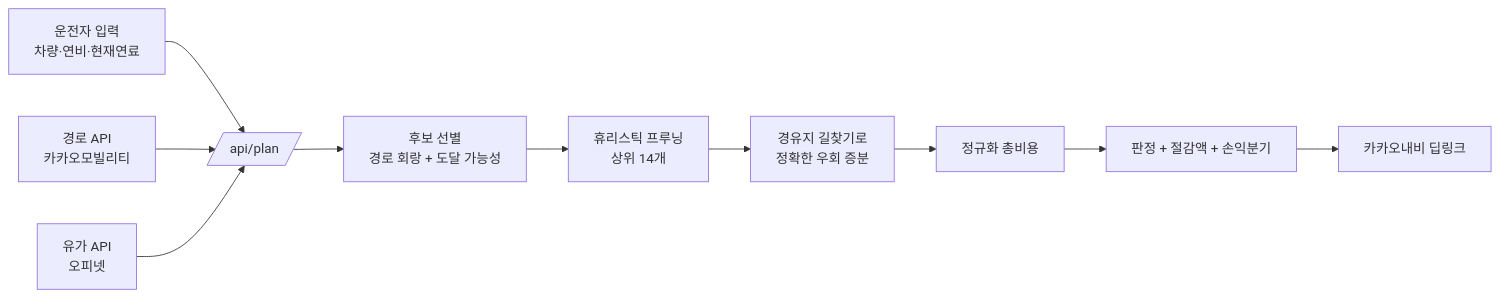
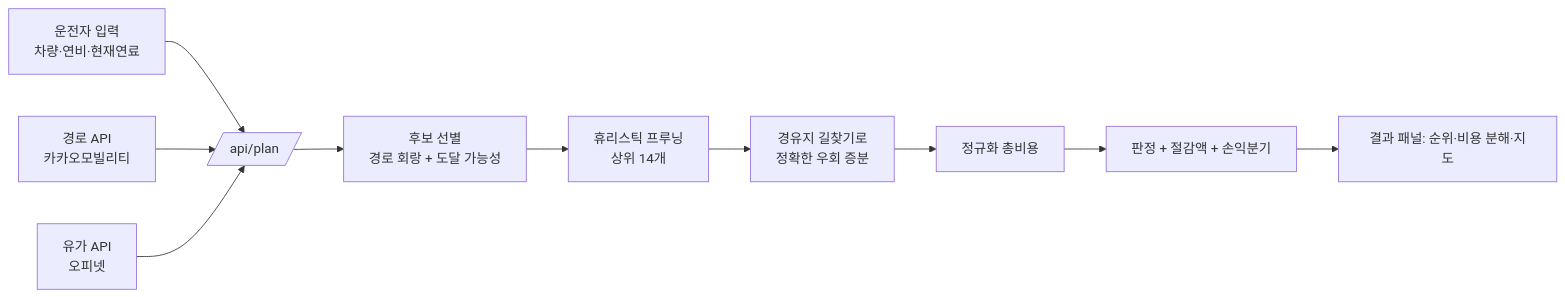
One commit to DIEBR2708/gas-smart changed the diagram in docs/design.md. Above: the diagram before and after it, drawn with Mermaid. The commit also changed other lines of this file and 4 other files, not shown here.

````diff
--- a/docs/design.md
+++ b/docs/design.md
@@ -123,12 +123,12 @@
 ```mermaid
 flowchart LR
   User[운전자 입력<br/>차량·연비·현재연료] --> API[/api/plan/]
   Route[경로 API<br/>카카오모빌리티] --> API
   Price[유가 API<br/>오피넷] --> API
   API --> Candidates[후보 선별<br/>경로 회랑 + 도달 가능성]
   Candidates --> Prune[휴리스틱 프루닝<br/>상위 14개]
   Prune --> Exact[경유지 길찾기로<br/>정확한 우회 증분]
   Exact --> Cost[정규화 총비용]
   Cost --> Verdict[판정 + 절감액 + 손익분기]
-  Verdict --> Navi[카카오내비 딥링크]
+  Verdict --> Panel[결과 패널: 순위·비용 분해·지도]
 ```
````
